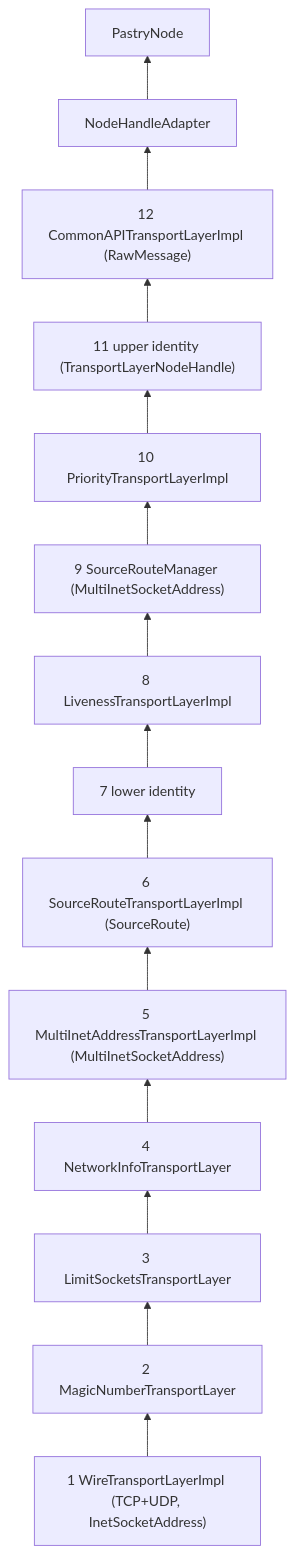
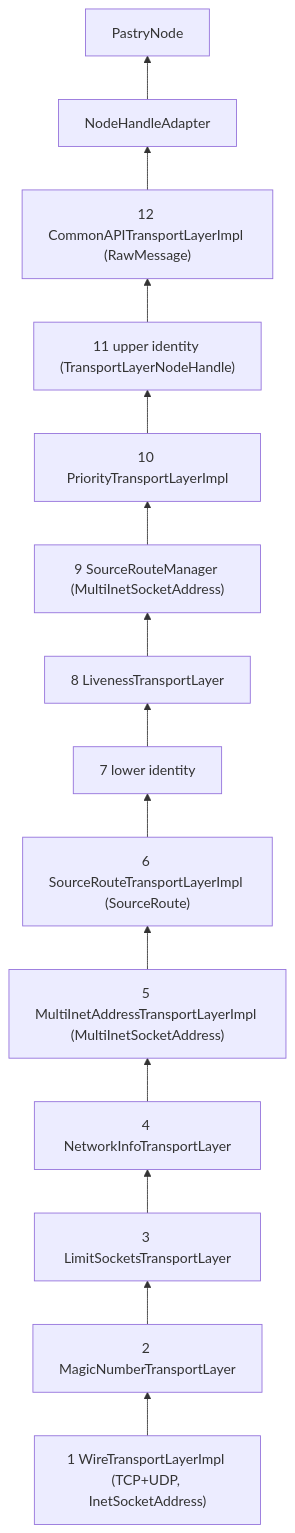
One commit to damoeb/freepastry changed the second of 2 diagrams in docs/ARCHITECTURE.md. Above: the diagram before and after it, drawn with Mermaid. The commit also changed other lines of this file and 13 other files, not shown here.

First line of the commit message:
r: collapse LivenessTransportLayer and LivenessTransportLayerImpl into LivenessTransportLayer

````diff
--- a/docs/ARCHITECTURE.md
+++ b/docs/ARCHITECTURE.md
@@ -219,7 +219,7 @@
 ```mermaid
 flowchart BT
   W["1 WireTransportLayerImpl (TCP+UDP, InetSocketAddress)"] --> M["2 MagicNumberTransportLayer"] --> LS["3 LimitSocketsTransportLayer"] --> NI["4 NetworkInfoTransportLayer"]
-  NI --> MA["5 MultiInetAddressTransportLayerImpl (MultiInetSocketAddress)"] --> SR["6 SourceRouteTransportLayerImpl (SourceRoute)"] --> LI["7 lower identity"] --> LV["8 LivenessTransportLayerImpl"]
+  NI --> MA["5 MultiInetAddressTransportLayerImpl (MultiInetSocketAddress)"] --> SR["6 SourceRouteTransportLayerImpl (SourceRoute)"] --> LI["7 lower identity"] --> LV["8 LivenessTransportLayer"]
   LV --> SRM["9 SourceRouteManager (MultiInetSocketAddress)"] --> PR["10 PriorityTransportLayerImpl"] --> UI["11 upper identity (TransportLayerNodeHandle)"] --> CA["12 CommonAPITransportLayerImpl (RawMessage)"]
   CA --> NHA["NodeHandleAdapter"] --> PN["PastryNode"]
 ```
````
